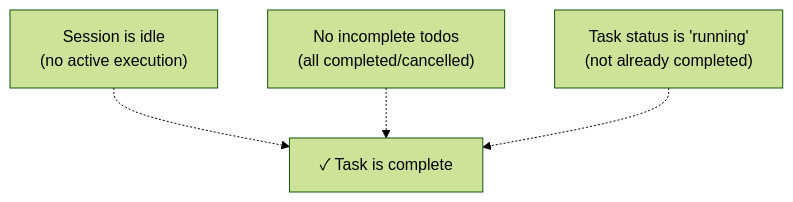
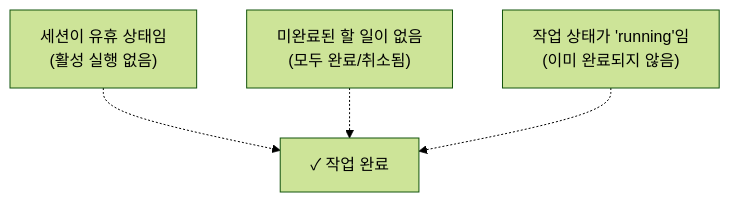
The eighth of 14 diagrams in docs/background-execution/task-execution-and-polling.md (felipetruman/oh-my-opencode-docs), drawn with Mermaid (forest theme) before and after one commit. The commit also changed other lines of this file and 76 other files, not shown here.

````diff
--- a/docs/background-execution/task-execution-and-polling.md
+++ b/docs/background-execution/task-execution-and-polling.md
@@ -306,12 +306,12 @@
 ```mermaid
 flowchart TD
 
-SessionIdle["Session is idle<br>(no active execution)"]
-NoTodos["No incomplete todos<br>(all completed/cancelled)"]
-Running["Task status is 'running'<br>(not already completed)"]
-Complete["✓ Task is complete"]
+SessionIdle["세션이 유휴 상태임<br>(활성 실행 없음)"]
+NoTodos["미완료된 할 일이 없음<br>(모두 완료/취소됨)"]
+Running["작업 상태가 'running'임<br>(이미 완료되지 않음)"]
+Complete["✓ 작업 완료"]
 
 SessionIdle -.-> Complete
 NoTodos -.-> Complete
 Running -.-> Complete
 ```
````
